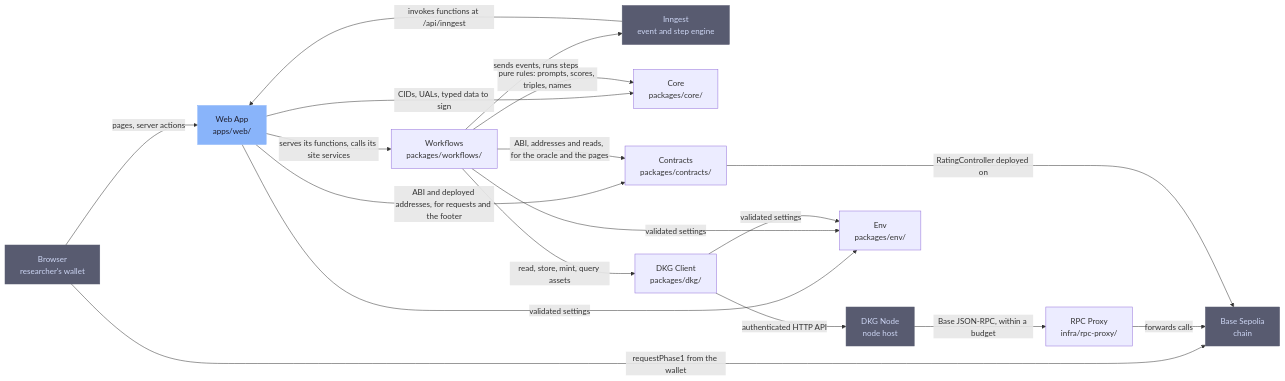
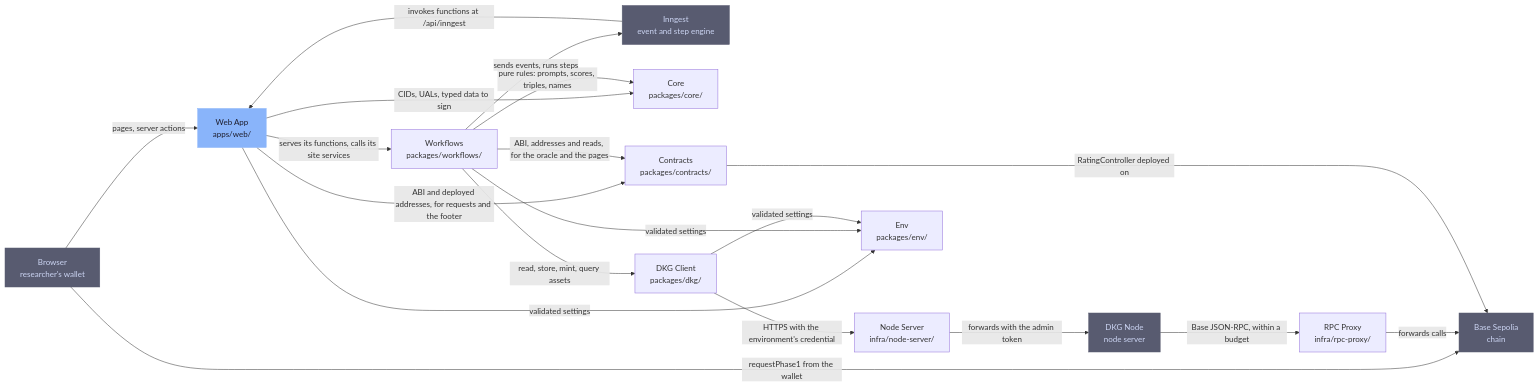
The diagram in .omm/overall-architecture/diagram.mmd (SiegfriedBz/labstrail), drawn with Mermaid before and after one commit. The commit also changed 15 other files, not shown here.

First line of the commit message:
docs(repo): show the node server in the architecture views

```diff
--- a/.omm/overall-architecture/diagram.mmd
+++ b/.omm/overall-architecture/diagram.mmd
@@ -1,22 +1,23 @@
 graph LR
     browser["Browser\nresearcher's wallet"] -->|"pages, server actions"| web-app["Web App\napps/web/"]
     browser -->|"requestPhase1 from the wallet"| base-sepolia["Base Sepolia\nchain"]
     inngest["Inngest\nevent and step engine"] -->|"invokes functions at /api/inngest"| web-app
     web-app -->|"serves its functions, calls its site services"| workflows["Workflows\npackages/workflows/"]
     web-app -->|"CIDs, UALs, typed data to sign"| core["Core\npackages/core/"]
     web-app -->|"ABI and deployed addresses, for requests and the footer"| contracts["Contracts\npackages/contracts/"]
     workflows -->|"pure rules: prompts, scores, triples, names"| core
     workflows -->|"read, store, mint, query assets"| dkg-client["DKG Client\npackages/dkg/"]
     workflows -->|"ABI, addresses and reads, for the oracle and the pages"| contracts
     workflows -->|"sends events, runs steps"| inngest
-    dkg-client -->|"authenticated HTTP API"| dkg-node["DKG Node\nnode host"]
+    dkg-client -->|"HTTPS with the environment's credential"| node-server["Node Server\ninfra/node-server/"]
+    node-server -->|"forwards with the admin token"| dkg-node["DKG Node\nnode server"]
     dkg-node -->|"Base JSON-RPC, within a budget"| rpc-proxy["RPC Proxy\ninfra/rpc-proxy/"]
     rpc-proxy -->|"forwards calls"| base-sepolia
     contracts -->|"RatingController deployed on"| base-sepolia
     web-app -->|"validated settings"| env["Env\npackages/env/"]
     workflows -->|"validated settings"| env
     dkg-client -->|"validated settings"| env
     classDef external fill:#585b70,stroke:#585b70,color:#cdd6f4
     classDef entry fill:#89b4fa,stroke:#89b4fa,color:#1e1e2e
     class inngest,dkg-node,base-sepolia,browser external
     class web-app entry
```
